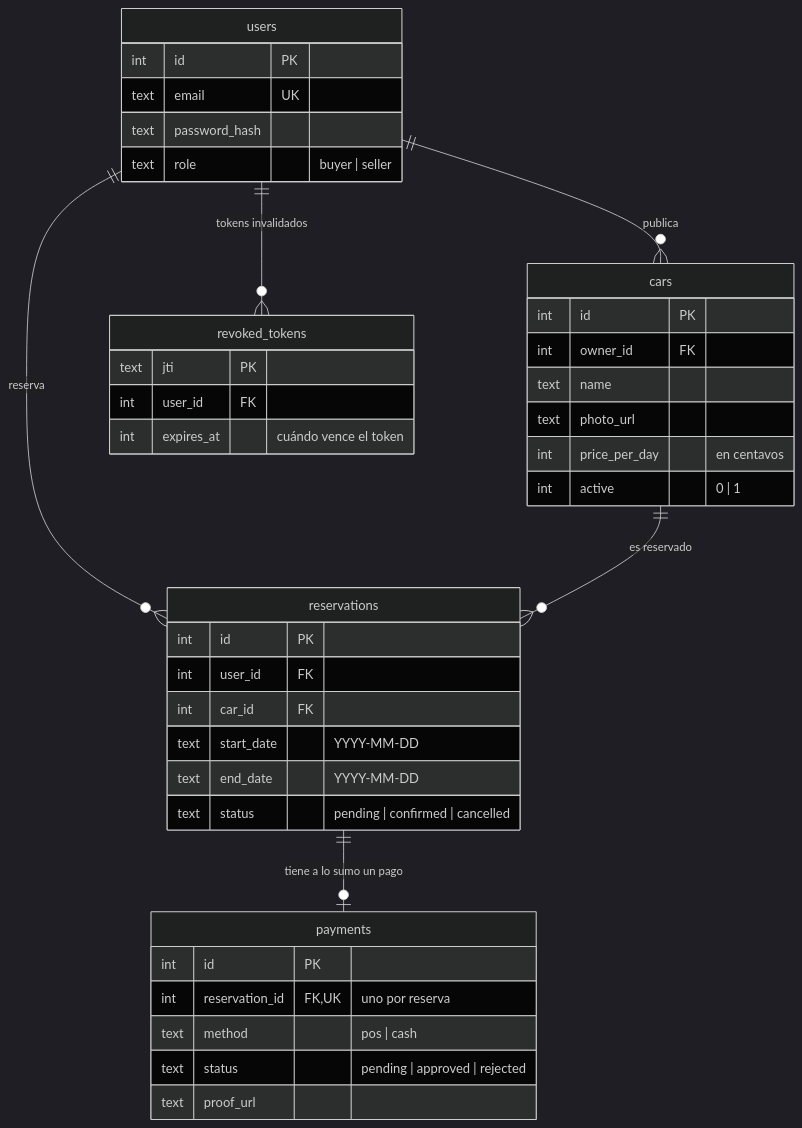
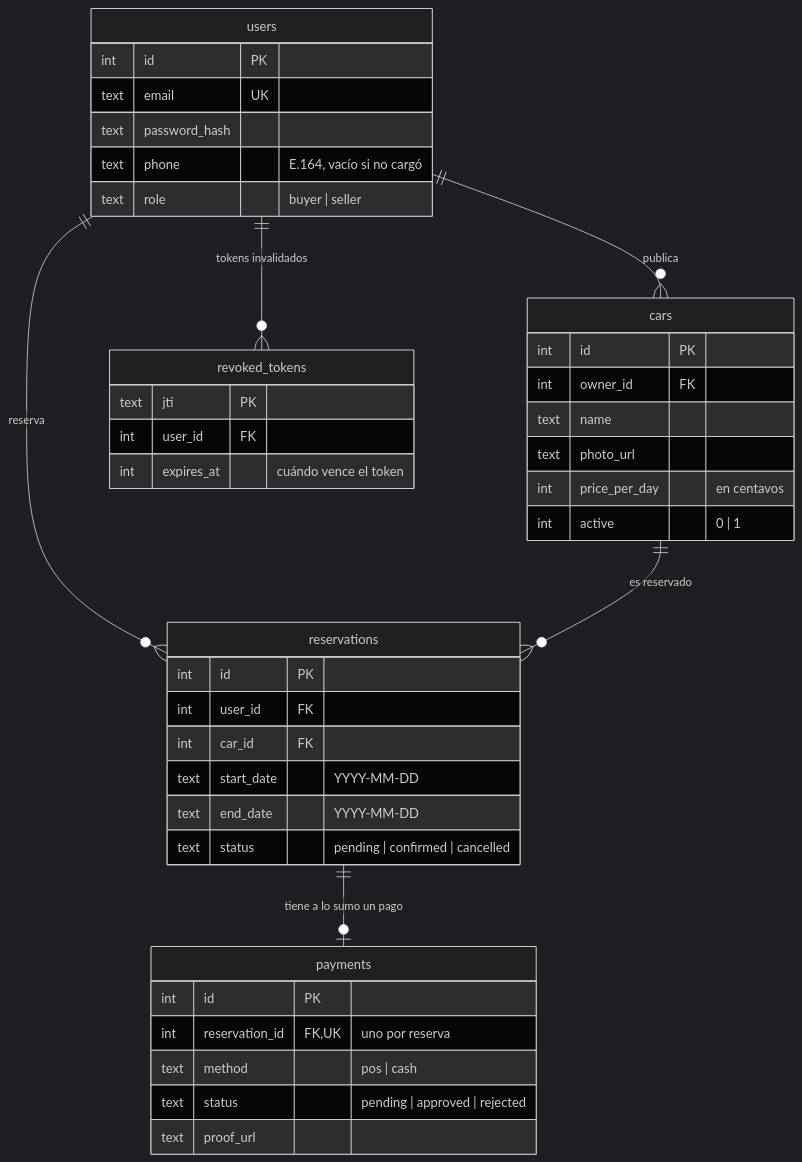
Before and after one commit to pinolrent/pinolrent-api: the first of 2 diagrams in docs/arquitectura.md, drawn with Mermaid (dark theme). The commit also changed other lines of this file and 5 other files, not shown here.

````diff
--- a/docs/arquitectura.md
+++ b/docs/arquitectura.md
@@ -31,43 +31,44 @@
 ```mermaid
 erDiagram
     users {
         int id PK
         text email UK
         text password_hash
+        text phone "E.164, vacío si no cargó"
         text role "buyer | seller"
     }
     cars {
         int id PK
         int owner_id FK
         text name
         text photo_url
         int price_per_day "en centavos"
         int active "0 | 1"
     }
     reservations {
         int id PK
         int user_id FK
         int car_id FK
         text start_date "YYYY-MM-DD"
         text end_date "YYYY-MM-DD"
         text status "pending | confirmed | cancelled"
     }
     payments {
         int id PK
         int reservation_id FK, UK "uno por reserva"
         text method "pos | cash"
         text status "pending | approved | rejected"
         text proof_url
     }
     revoked_tokens {
         text jti PK
         int user_id FK
         int expires_at "cuándo vence el token"
     }
 
     users ||--o{ reservations : "reserva"
     users ||--o{ cars : "publica"
     cars ||--o{ reservations : "es reservado"
     reservations ||--o| payments : "tiene a lo sumo un pago"
     users ||--o{ revoked_tokens : "tokens invalidados"
 ```
````
